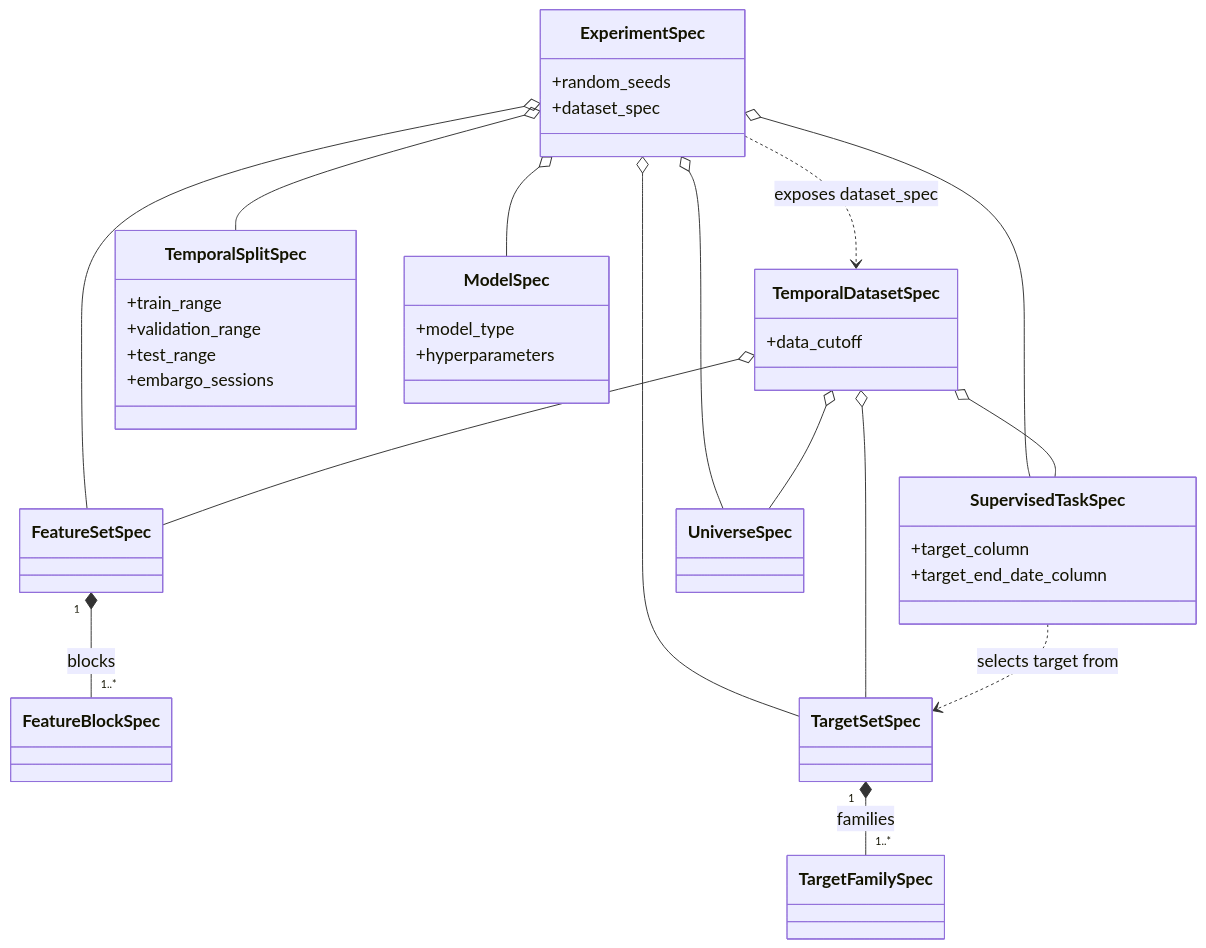
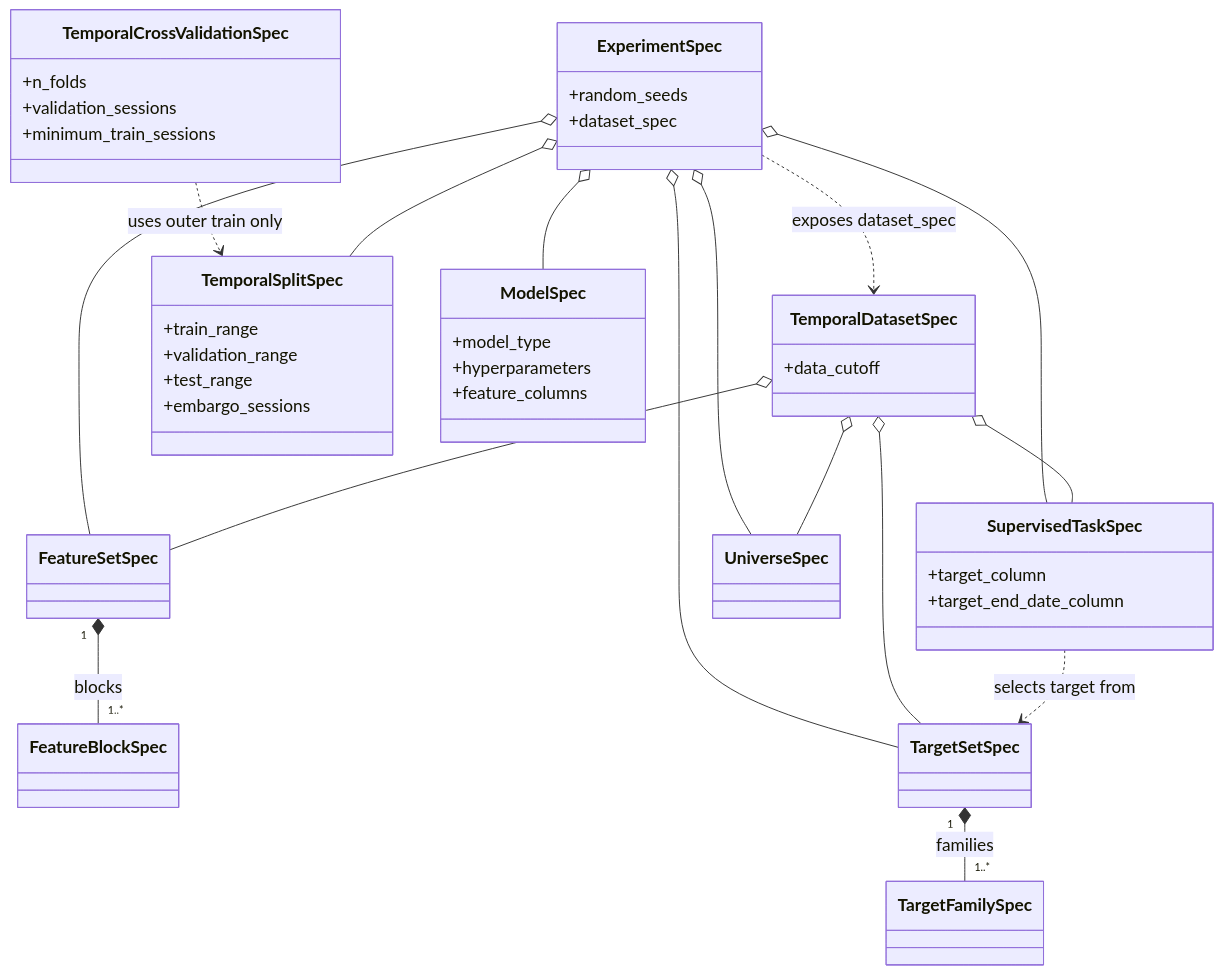
One commit to Frallmeister/swingtrader-app changed the diagram in docs/modeling/experiments.md. Above: the diagram before and after it, drawn with Mermaid. The commit also changed other lines of this file and 18 other files, not shown here.

First line of the commit message:
Support explicit model feature selection and train-only temporal cross-validation (#125)

````diff
--- a/docs/modeling/experiments.md
+++ b/docs/modeling/experiments.md
@@ -35,55 +36,62 @@
 ```mermaid
 %%{init: {"themeVariables": {"fontSize": "18px"}}}%%
 classDiagram
     direction TB
     class FeatureBlockSpec
     class FeatureSetSpec
     class TargetFamilySpec
     class TargetSetSpec
     class SupervisedTaskSpec {
         +target_column
         +target_end_date_column
     }
     class UniverseSpec
     class TemporalDatasetSpec {
         +data_cutoff
     }
     class TemporalSplitSpec {
         +train_range
         +validation_range
         +test_range
         +embargo_sessions
     }
+    class TemporalCrossValidationSpec {
+        +n_folds
+        +validation_sessions
+        +minimum_train_sessions
+    }
     class ModelSpec {
         +model_type
         +hyperparameters
+        +feature_columns
     }
     class ExperimentSpec {
         +random_seeds
         +dataset_spec
     }
 
     FeatureSetSpec "1" *-- "1..*" FeatureBlockSpec : blocks
     TargetSetSpec "1" *-- "1..*" TargetFamilySpec : families
     SupervisedTaskSpec ..> TargetSetSpec : selects target from
     TemporalDatasetSpec o-- FeatureSetSpec
     TemporalDatasetSpec o-- TargetSetSpec
     TemporalDatasetSpec o-- SupervisedTaskSpec
     TemporalDatasetSpec o-- UniverseSpec
     ExperimentSpec o-- FeatureSetSpec
     ExperimentSpec o-- TargetSetSpec
     ExperimentSpec o-- SupervisedTaskSpec
     ExperimentSpec o-- UniverseSpec
     ExperimentSpec o-- TemporalSplitSpec
     ExperimentSpec o-- ModelSpec
+    TemporalCrossValidationSpec ..> TemporalSplitSpec : uses outer train only
     ExperimentSpec ..> TemporalDatasetSpec : exposes dataset_spec
 
     classDef feature fill:#e3f2fd,stroke:#1565c0
     classDef target fill:#f3e5f5,stroke:#6a1b9a
     classDef dataset fill:#e8f5e9,stroke:#2e7d32
     classDef experiment fill:#fff3e0,stroke:#ef6c00
     cssClass "FeatureBlockSpec,FeatureSetSpec" feature
     cssClass "TargetFamilySpec,TargetSetSpec,SupervisedTaskSpec" target
     cssClass "UniverseSpec,TemporalDatasetSpec" dataset
-    cssClass "TemporalSplitSpec,ModelSpec,ExperimentSpec" experiment
+    cssClass "TemporalSplitSpec,TemporalCrossValidationSpec,ModelSpec,ExperimentSpec" experiment
 ```
````
